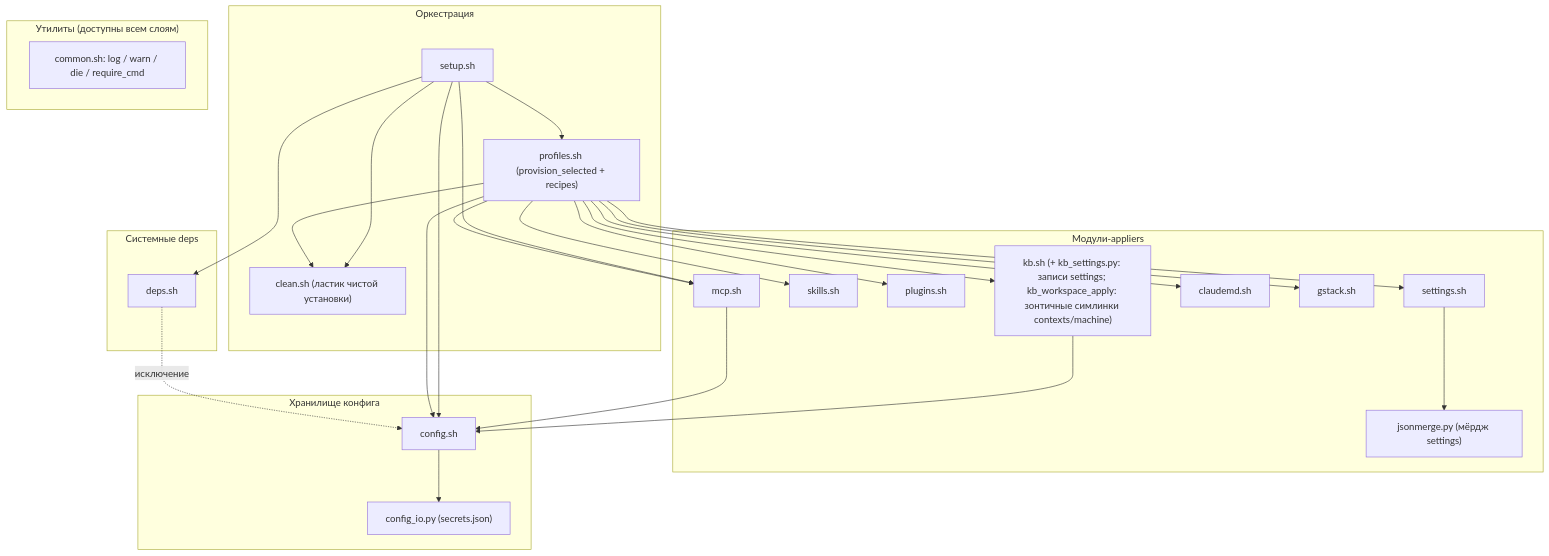
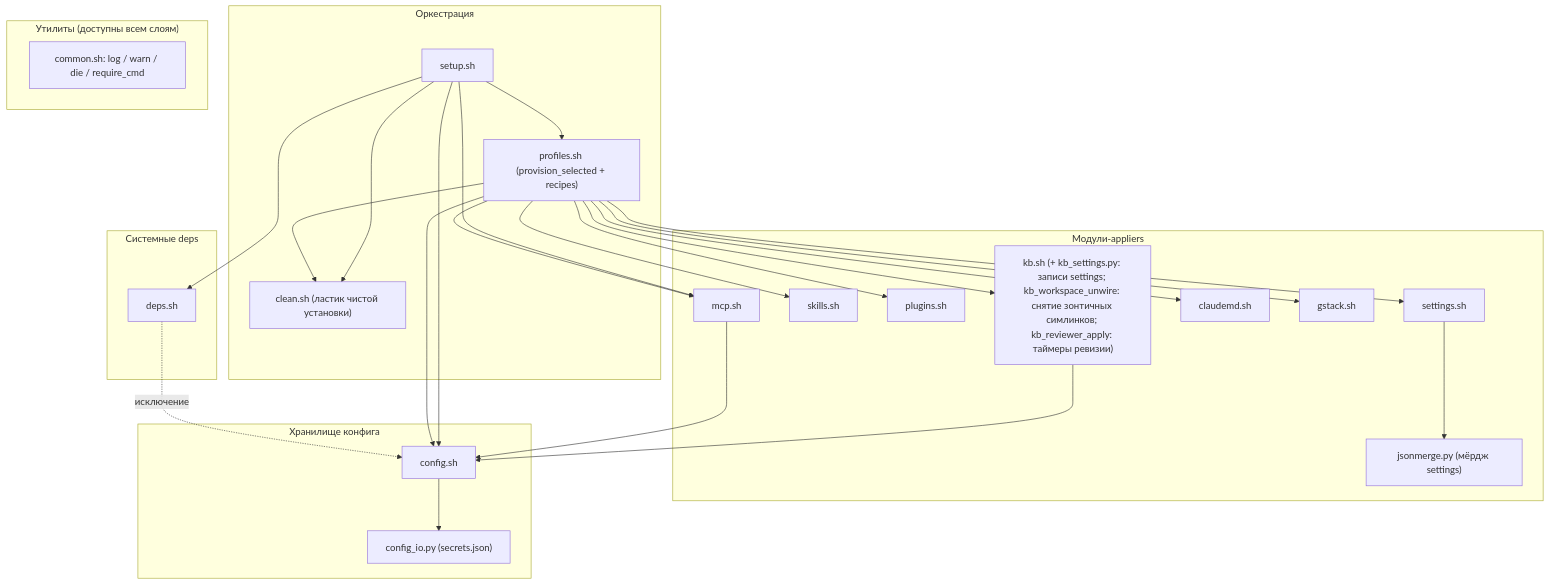
The first of 4 diagrams in docs/architecture.md (stpntkhnv/claudefiles), drawn with Mermaid before and after one commit. The commit also changed other lines of this file and 7 other files, not shown here.

````diff
--- a/docs/architecture.md
+++ b/docs/architecture.md
@@ -9,44 +9,44 @@
 ```mermaid
 flowchart TD
   subgraph orch["Оркестрация"]
     setup["setup.sh"]
     prof["profiles.sh (provision_selected + recipes)"]
     cleanm["clean.sh (ластик чистой установки)"]
   end
   subgraph sysdeps["Системные deps"]
     deps["deps.sh"]
   end
   subgraph appliers["Модули-appliers"]
     settings["settings.sh"]
     jsonmerge["jsonmerge.py (мёрдж settings)"]
     skills["skills.sh"]
     plugins["plugins.sh"]
     mcp["mcp.sh"]
     claudemd["claudemd.sh"]
     gstack["gstack.sh"]
-    kb["kb.sh (+ kb_settings.py: записи settings; kb_workspace_apply: зонтичные симлинки contexts/machine)"]
+    kb["kb.sh (+ kb_settings.py: записи settings; kb_workspace_unwire: снятие зонтичных симлинков; kb_reviewer_apply: таймеры ревизии)"]
   end
   subgraph cfg["Хранилище конфига"]
     config["config.sh"]
     configio["config_io.py (secrets.json)"]
   end
   subgraph util["Утилиты (доступны всем слоям)"]
     common["common.sh: log / warn / die / require_cmd"]
   end
 
   setup --> prof
   setup --> deps
   setup --> config
   setup --> cleanm
   setup --> mcp
   prof --> settings & skills & plugins & mcp & claudemd
   prof --> gstack
   prof --> kb
   prof --> cleanm
   settings --> jsonmerge
   kb --> config
   prof --> config
   mcp --> config
   config --> configio
   deps -.->|исключение| config
 ```
````
